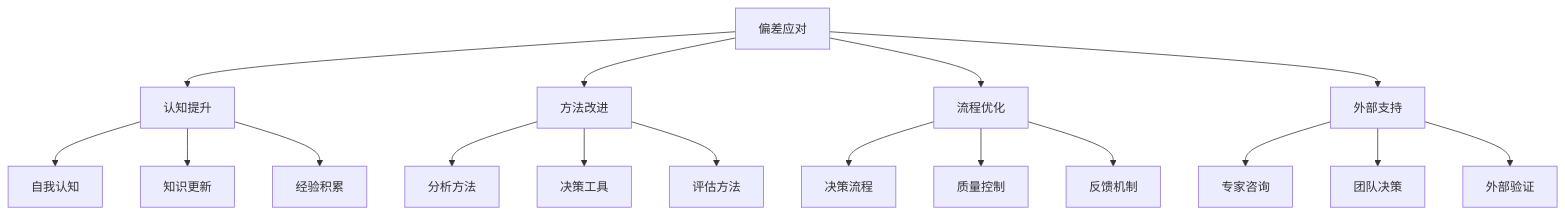
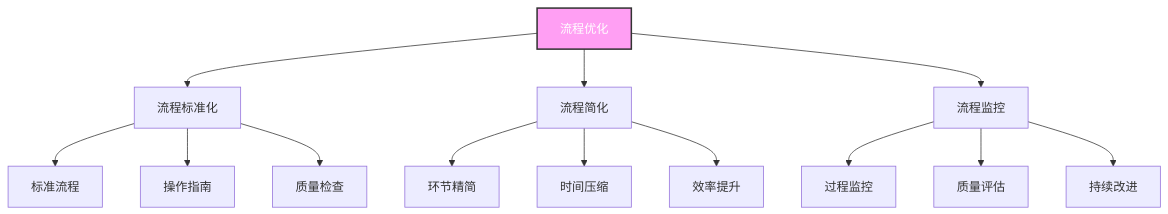
Before and after one commit to Anping2017/obsidian: the eighth of 8 diagrams in 企业领导力/03-能力构建层/核心领导能力/02-决策能力.md, drawn with Mermaid. The commit also changed other lines of this file and 28 other files, not shown here.

````diff
--- a/企业领导力/03-能力构建层/核心领导能力/02-决策能力.md
+++ b/企业领导力/03-能力构建层/核心领导能力/02-决策能力.md
@@ -181,23 +313,20 @@
 ```mermaid
 graph TD
-    A[偏差应对] --> B[认知提升]
-    A --> C[方法改进]
-    A --> D[流程优化]
-    A --> E[外部支持]
+    A[流程优化] --> B[流程标准化]
+    A --> C[流程简化]
+    A --> D[流程监控]
     
-    B --> B1[自我认知]
-    B --> B2[知识更新]
-    B --> B3[经验积累]
+    B --> B1[标准流程]
+    B --> B2[操作指南]
+    B --> B3[质量检查]
     
-    C --> C1[分析方法]
-    C --> C2[决策工具]
-    C --> C3[评估方法]
+    C --> C1[环节精简]
+    C --> C2[时间压缩]
+    C --> C3[效率提升]
     
-    D --> D1[决策流程]
-    D --> D2[质量控制]
-    D --> D3[反馈机制]
+    D --> D1[过程监控]
+    D --> D2[质量评估]
+    D --> D3[持续改进]
     
-    E --> E1[专家咨询]
-    E --> E2[团队决策]
-    E --> E3[外部验证]
+    style A fill:#ff9ff3,stroke:#333,stroke-width:2px,color:#fff
 ```
````
